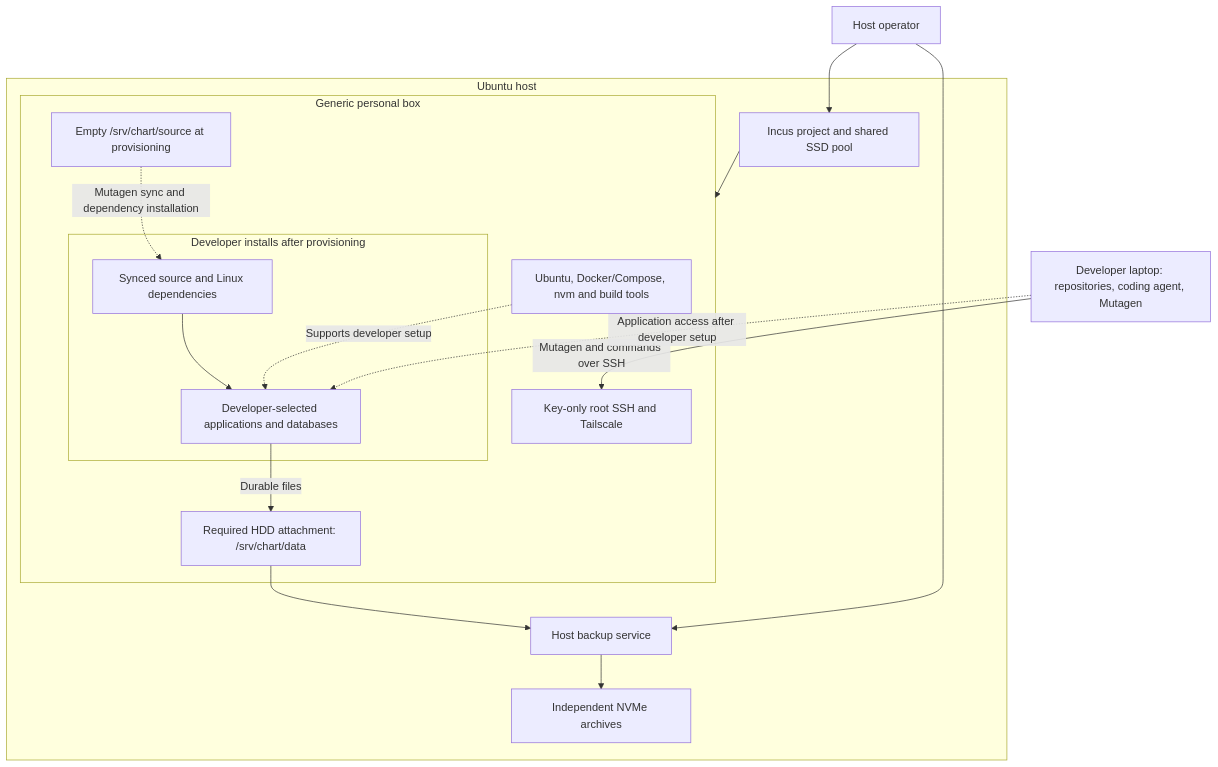
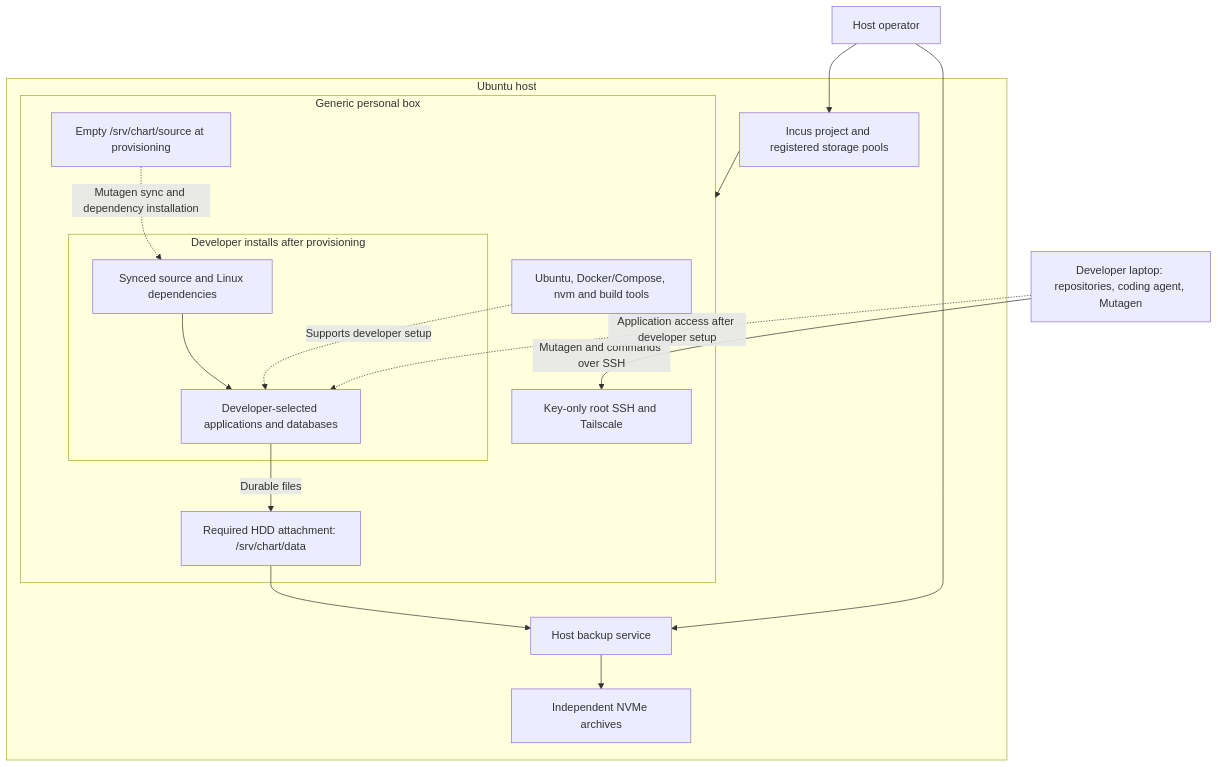
The first of 4 diagrams in incus/ARCHITECTURE.md (eusean-tg/chart-infra), drawn with Mermaid before and after one commit. The commit also changed other lines of this file and 4 other files, not shown here.

Commit message:
codex: document registered root pools and data-only backup coverage

````diff
--- a/incus/ARCHITECTURE.md
+++ b/incus/ARCHITECTURE.md
@@ -14,30 +14,30 @@
 ```mermaid
 flowchart TB
     Laptop["Developer laptop: repositories, coding agent, Mutagen"]
     Operator["Host operator"]
     subgraph Host["Ubuntu host"]
-        Incus["Incus project and shared SSD pool"]
+        Incus["Incus project and registered storage pools"]
         subgraph Box["Generic personal box"]
             Access["Key-only root SSH and Tailscale"]
             Tools["Ubuntu, Docker/Compose, nvm and build tools"]
             Source["Empty /srv/chart/source at provisioning"]
             Data["Required HDD attachment: /srv/chart/data"]
             subgraph Developer["Developer installs after provisioning"]
                 Projects["Synced source and Linux dependencies"]
                 Apps["Developer-selected applications and databases"]
                 Projects --> Apps
             end
             Source -.->|"Mutagen sync and dependency installation"| Projects
             Tools -.->|"Supports developer setup"| Apps
             Apps -->|"Durable files"| Data
         end
         Backup["Host backup service"]
         Copies["Independent NVMe archives"]
         Incus --> Box
         Data --> Backup --> Copies
     end
     Laptop -->|"Mutagen and commands over SSH"| Access
     Laptop -.->|"Application access after developer setup"| Apps
     Operator --> Incus
     Operator --> Backup
 ```
````
